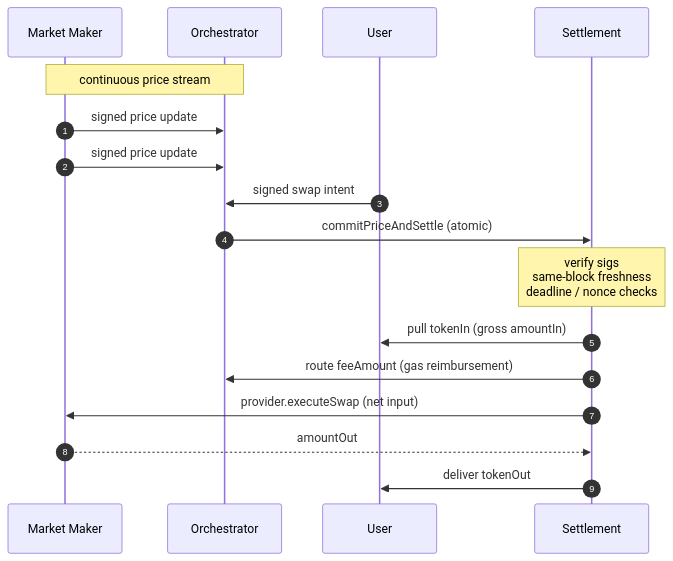
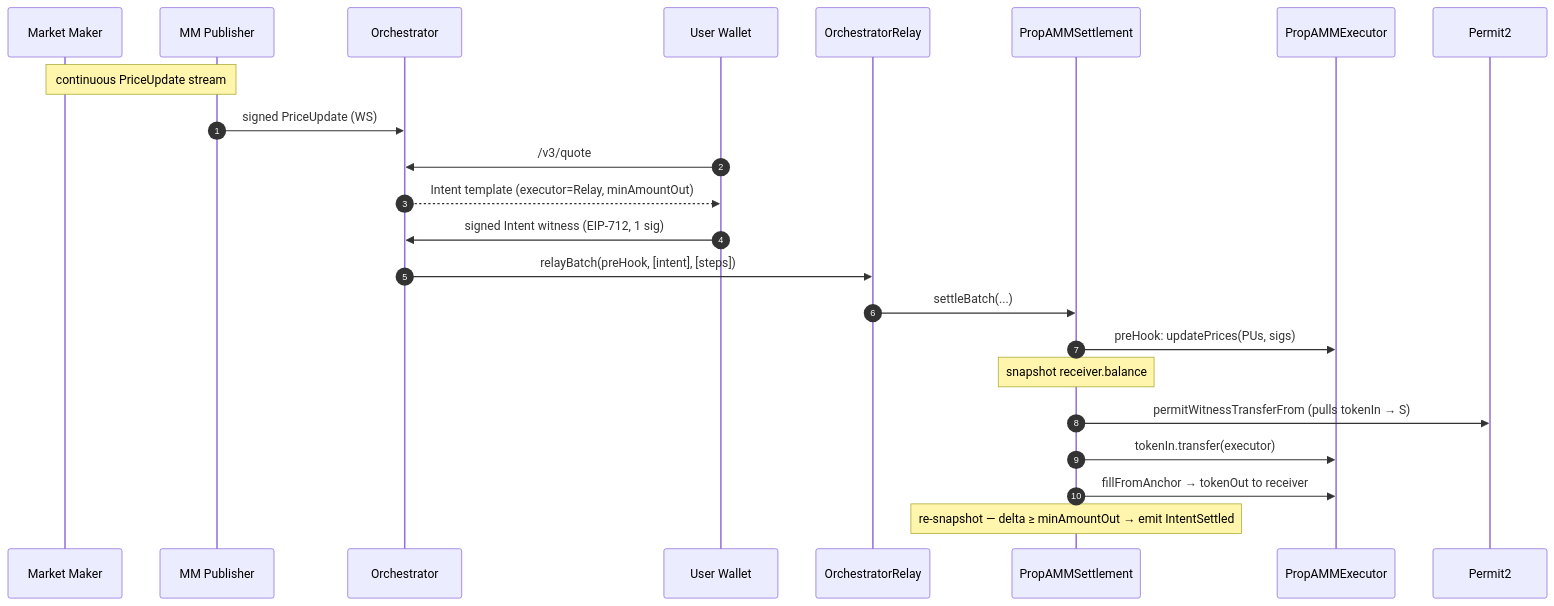
One commit to bcnmy/propamm-base changed the diagram in docs/propamm-on-base.md. Above: the diagram before and after it, drawn with Mermaid. The commit also changed other lines of this file and 5 other files, not shown here.

````diff
--- a/docs/propamm-on-base.md
+++ b/docs/propamm-on-base.md
@@ -67,21 +104,26 @@
 ```mermaid
 sequenceDiagram
     autonumber
     participant MM as Market Maker
-    participant C as Orchestrator
-    participant U as User
-    participant S as Settlement
+    participant Pub as MM Publisher
+    participant Orch as Orchestrator
+    participant U as User Wallet
+    participant Relay as OrchestratorRelay
+    participant S as PropAMMSettlement
+    participant Exec as PropAMMExecutor
+    participant P as Permit2
 
-    Note over MM,C: continuous price stream
-    MM->>C: signed price update
-    MM->>C: signed price update
-
-    U->>C: signed swap intent
-    C->>S: commitPriceAndSettle (atomic)
-    Note over S: verify sigs<br/>same-block freshness<br/>deadline / nonce checks
-    S->>U: pull tokenIn (gross amountIn)
-    S->>C: route feeAmount (gas reimbursement)
-    S->>MM: provider.executeSwap (net input)
-    MM-->>S: amountOut
-    S->>U: deliver tokenOut
+    Note over MM,Pub: continuous PriceUpdate stream
+    Pub->>Orch: signed PriceUpdate (WS)
+    U->>Orch: /v3/quote
+    Orch-->>U: Intent template (executor=Relay, minAmountOut)
+    U->>Orch: signed Intent witness (EIP-712, 1 sig)
+    Orch->>Relay: relayBatch(preHook, [intent], [steps])
+    Relay->>S: settleBatch(...)
+    S->>Exec: preHook: updatePrices(PUs, sigs)
+    Note over S: snapshot receiver.balance
+    S->>P: permitWitnessTransferFrom (pulls tokenIn → S)
+    S->>Exec: tokenIn.transfer(executor)
+    S->>Exec: fillFromAnchor → tokenOut to receiver
+    Note over S: re-snapshot — delta ≥ minAmountOut → emit IntentSettled
 ```
````
